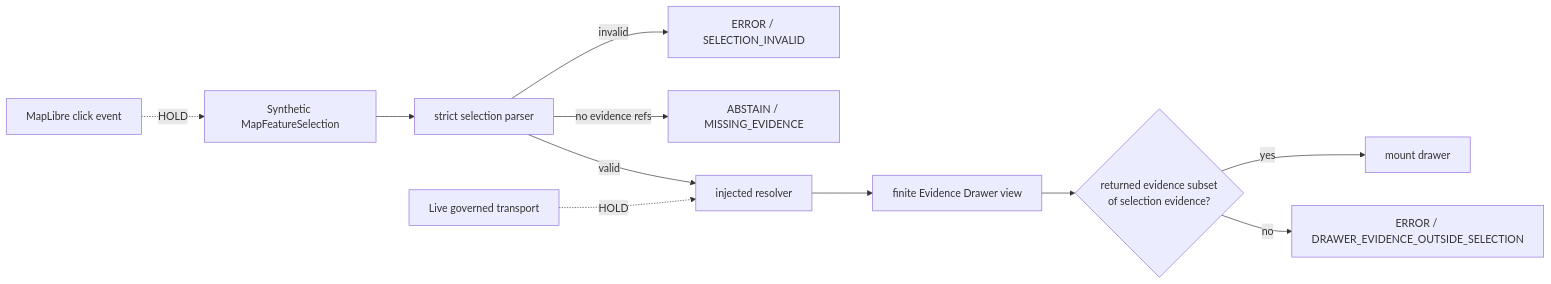
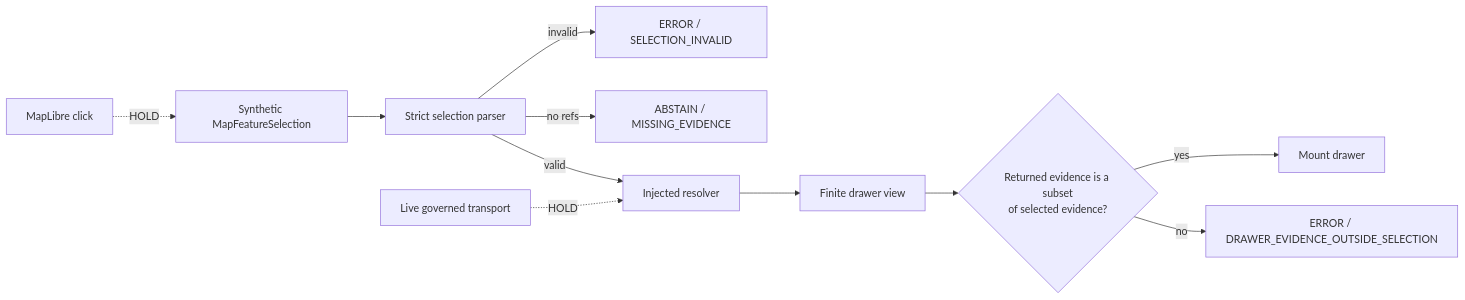
Before and after one commit to bartytime4life/Kansas-Frontier-Matrix: the second of 2 diagrams in docs/architecture/ui/EVIDENCE_DRAWER.md, drawn with Mermaid. The commit also changed other lines of this file, not shown here.

Commit message:
docs(ui): finalize Evidence Drawer evidence boundary

````diff
--- a/docs/architecture/ui/EVIDENCE_DRAWER.md
+++ b/docs/architecture/ui/EVIDENCE_DRAWER.md
@@ -244,14 +191,14 @@
 ```mermaid
 flowchart LR
-    S["Synthetic MapFeatureSelection"] --> Q["strict selection parser"]
+    S["Synthetic MapFeatureSelection"] --> Q["Strict selection parser"]
     Q -->|invalid| I["ERROR / SELECTION_INVALID"]
-    Q -->|no evidence refs| A["ABSTAIN / MISSING_EVIDENCE"]
-    Q -->|valid| R["injected resolver"]
-    R --> D["finite Evidence Drawer view"]
-    D --> C{"returned evidence subset<br/>of selection evidence?"}
-    C -->|yes| U["mount drawer"]
+    Q -->|no refs| A["ABSTAIN / MISSING_EVIDENCE"]
+    Q -->|valid| R["Injected resolver"]
+    R --> D["Finite drawer view"]
+    D --> C{"Returned evidence is a subset<br/>of selected evidence?"}
+    C -->|yes| U["Mount drawer"]
     C -->|no| O["ERROR / DRAWER_EVIDENCE_OUTSIDE_SELECTION"]
 
-    ML["MapLibre click event"] -. "HOLD" .-> S
+    ML["MapLibre click"] -. "HOLD" .-> S
     API["Live governed transport"] -. "HOLD" .-> R
 ```
````
